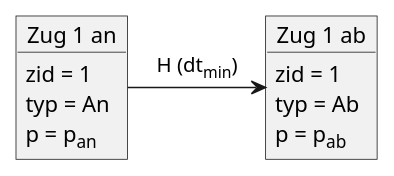
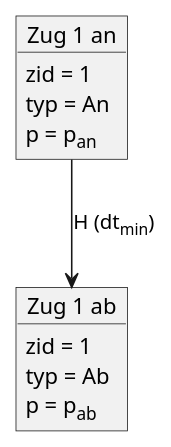
Before and after one commit to topological-state/stskit: the diagram in docs/planhalt-ereignis.puml, drawn with PlantUML. The commit also changed 3 other files, not shown here.

Commit message:
dokumentation: ereignisdiagramme vertikal darstellen

```diff
--- a/docs/planhalt-ereignis.puml
+++ b/docs/planhalt-ereignis.puml
@@ -1,17 +1,17 @@
 @startuml
 'https://plantuml.com/object-diagram
 
 object "Zug 1 an" as zug1an {
     zid = 1
     typ = An
     p = p<sub>an</sub>
 }
 
 object "Zug 1 ab" as zug1ab {
     zid = 1
     typ = Ab
     p = p<sub>ab</sub>
 }
 
-zug1an -> zug1ab: H (dt<sub>min</sub>)
+zug1an --> zug1ab: H (dt<sub>min</sub>)
 @enduml
```
